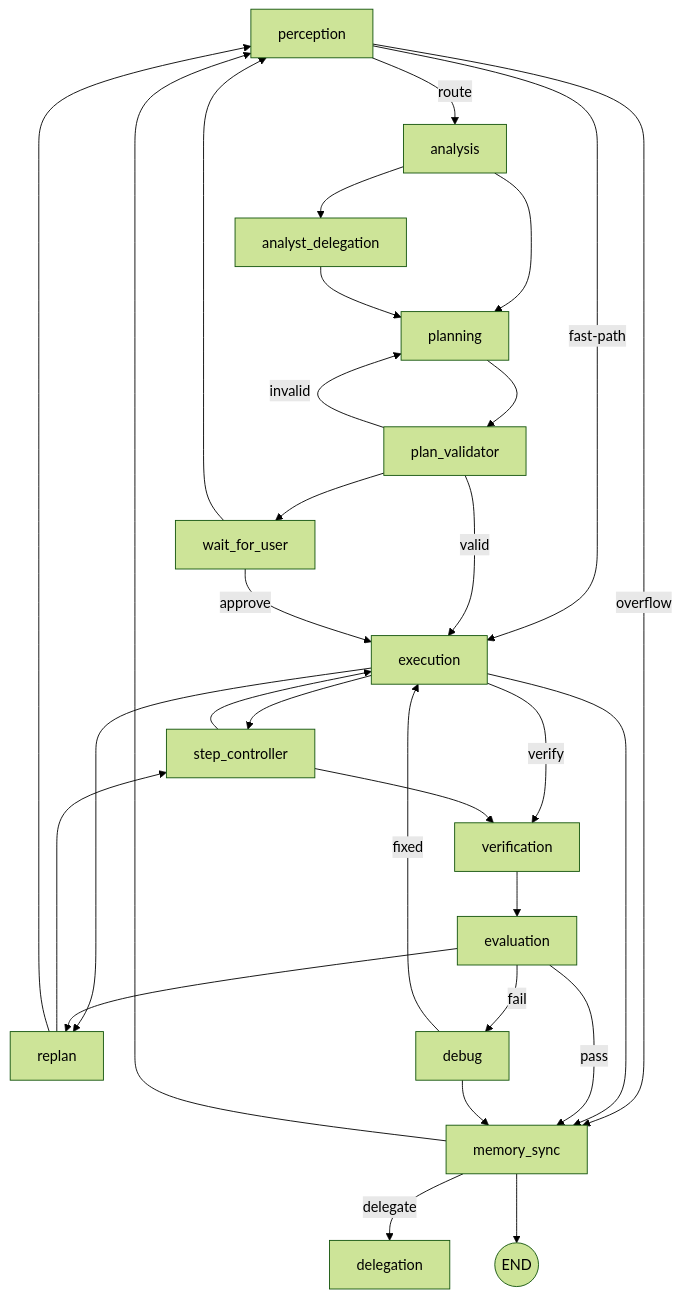
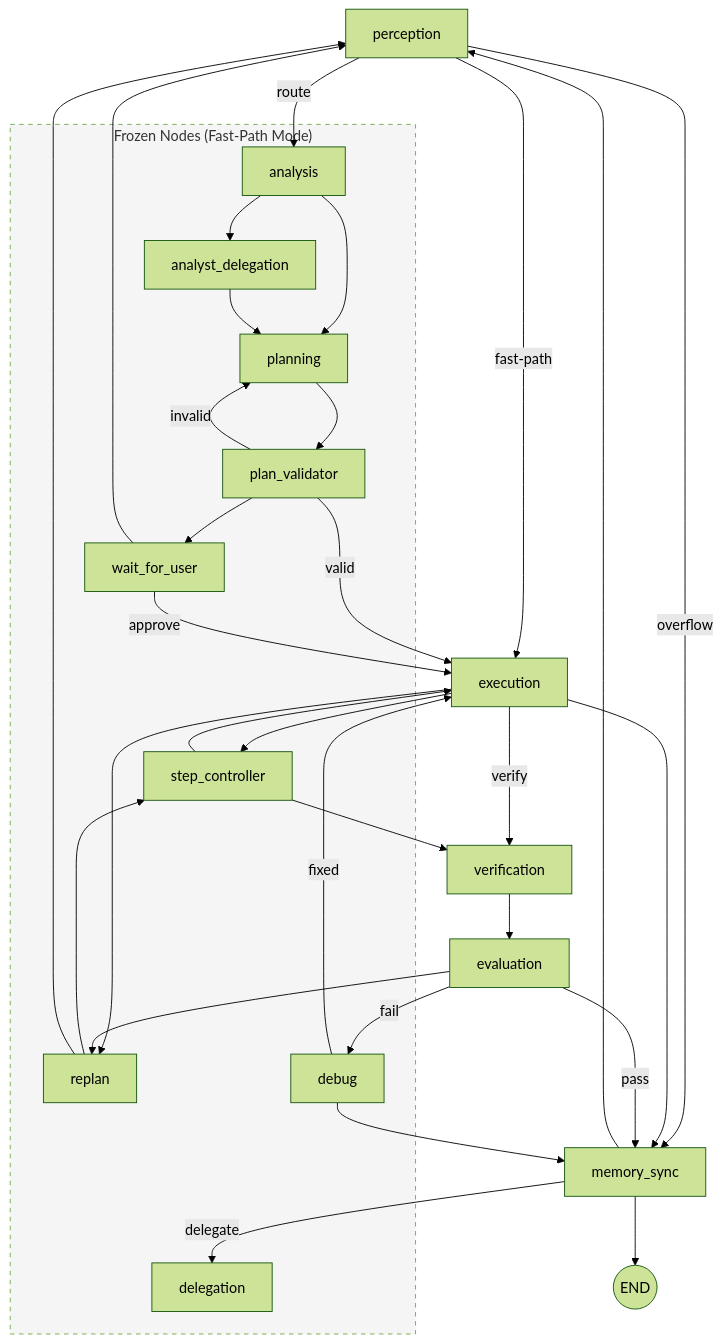
One commit to tann200/CodingAgent changed the second of 2 diagrams in ARCHITECTURE.md. Above: the diagram before and after it, drawn with Mermaid (forest theme). The commit also changed other lines of this file, not shown here.

Commit message:
docs: update ARCHITECTURE.md with full system overview

````diff
--- a/ARCHITECTURE.md
+++ b/ARCHITECTURE.md
@@ -101,41 +556,54 @@
 ```mermaid
 flowchart TD
     P[perception] -->|route| A[analysis]
     P -->|fast-path| E[execution]
     P -->|overflow| MS[memory_sync]
 
     A --> AD[analyst_delegation]
     A --> PL[planning]
 
     AD --> PL
     PL --> PV[plan_validator]
     PV -->|valid| E
     PV -->|invalid| PL
     PV --> WAIT[wait_for_user]
 
     E --> SC[step_controller]
     E -->|verify| V[verification]
     E --> MS
     E --> RP[replan]
 
     SC --> E
     SC --> V
 
     V --> EV[evaluation]
     RP --> SC
     RP --> P
 
     EV -->|pass| MS
     EV -->|fail| DB[debug]
     EV --> RP
 
     DB -->|fixed| E
     DB --> MS
 
     MS -->|delegate| DL[delegation]
     MS --> P
     MS --> END((END))
 
     WAIT -->|approve| E
     WAIT --> P
+
+    subgraph frozen["Frozen Nodes (Fast-Path Mode)"]
+        A
+        AD
+        PL
+        PV
+        RP
+        DB
+        SC
+        DL
+        WAIT
+        style frozen stroke-dasharray: 5 5, fill: #f5f5f5
+    end
 ```
````
